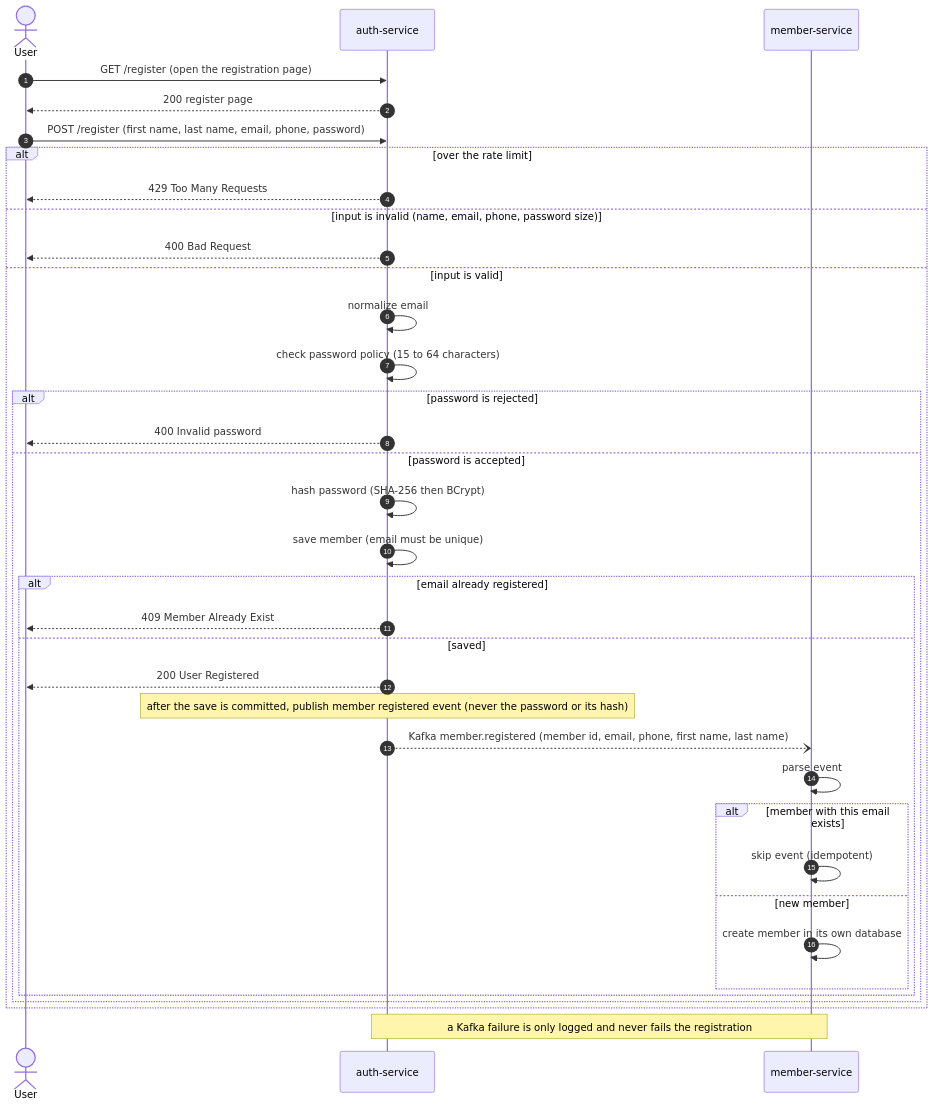
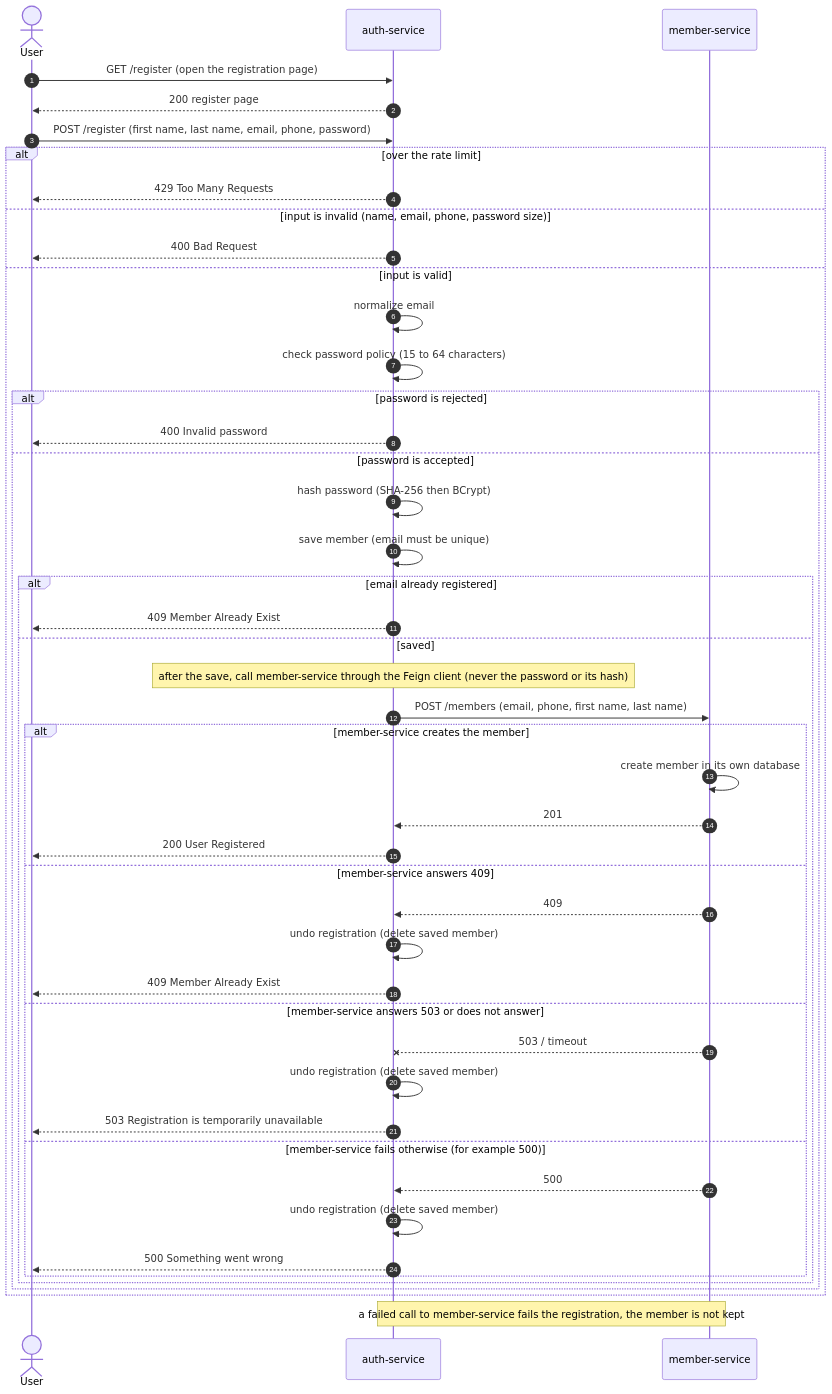
Before and after one commit to alifanasrin/modernizing-kitchnsink: the diagram in auth-service/docs/registration-flow.mmd, drawn with Mermaid. The commit also changed 49 other files, not shown here.

Commit message:
[Alifa]: make a call from auth-service to user-serivce an api call as user should not be registered if profile creation fails

```diff
--- a/auth-service/docs/registration-flow.mmd
+++ b/auth-service/docs/registration-flow.mmd
@@ -1,38 +1,48 @@
 sequenceDiagram
     autonumber
     actor U as User
     participant A as auth-service
     participant M as member-service
 
     U->>A: GET /register (open the registration page)
     A-->>U: 200 register page
     U->>A: POST /register (first name, last name, email, phone, password)
 
     alt over the rate limit
         A-->>U: 429 Too Many Requests
     else input is invalid (name, email, phone, password size)
         A-->>U: 400 Bad Request
     else input is valid
         A->>A: normalize email
         A->>A: check password policy (15 to 64 characters)
         alt password is rejected
             A-->>U: 400 Invalid password
         else password is accepted
             A->>A: hash password (SHA-256 then BCrypt)
             A->>A: save member (email must be unique)
             alt email already registered
                 A-->>U: 409 Member Already Exist
             else saved
-                A-->>U: 200 User Registered
-                Note over A: after the save is committed, publish member registered event (never the password or its hash)
-                A--)M: Kafka member.registered (member id, email, phone, first name, last name)
-                M->>M: parse event
-                alt member with this email exists
-                    M->>M: skip event (idempotent)
-                else new member
+                Note over A: after the save, call member-service through the Feign client (never the password or its hash)
+                A->>M: POST /members (email, phone, first name, last name)
+                alt member-service creates the member
                     M->>M: create member in its own database
+                    M-->>A: 201
+                    A-->>U: 200 User Registered
+                else member-service answers 409
+                    M-->>A: 409
+                    A->>A: undo registration (delete saved member)
+                    A-->>U: 409 Member Already Exist
+                else member-service answers 503 or does not answer
+                    M--xA: 503 / timeout
+                    A->>A: undo registration (delete saved member)
+                    A-->>U: 503 Registration is temporarily unavailable
+                else member-service fails otherwise (for example 500)
+                    M-->>A: 500
+                    A->>A: undo registration (delete saved member)
+                    A-->>U: 500 Something went wrong
                 end
             end
         end
     end
-    Note over A,M: a Kafka failure is only logged and never fails the registration
+    Note over A,M: a failed call to member-service fails the registration, the member is not kept
```
